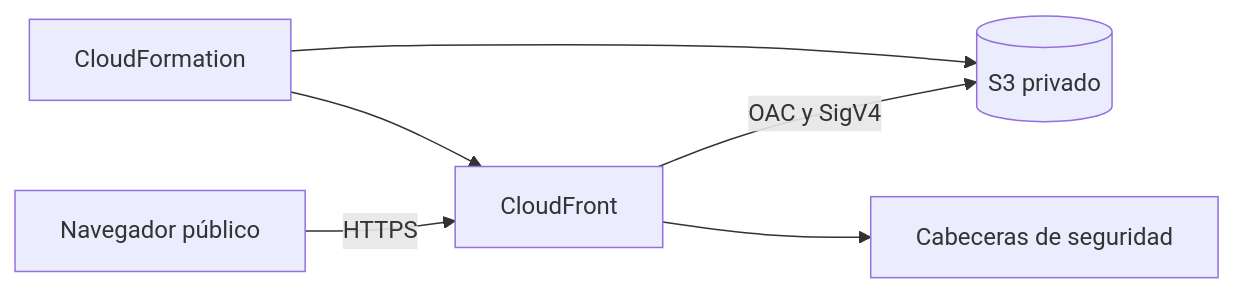
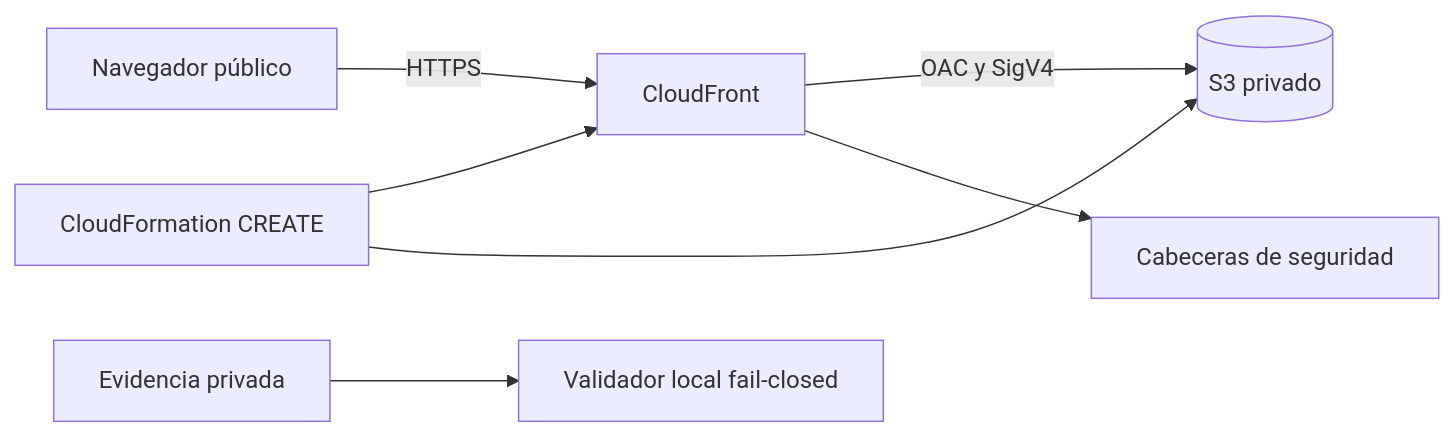
Before and after one commit to ErickrU/termia-pwa: the second of 2 diagrams in docs/ARCHITECTURE.md, drawn with Mermaid. The commit also changed other lines of this file and 28 other files, not shown here.

First line of the commit message:
fix: harden traceable AWS create flow

````diff
--- a/docs/ARCHITECTURE.md
+++ b/docs/ARCHITECTURE.md
@@ -27,8 +27,9 @@
 ```mermaid
 flowchart LR
   B[Navegador público] -->|HTTPS| CF[CloudFront]
   CF -->|OAC y SigV4| S3[(S3 privado)]
   CF --> H[Cabeceras de seguridad]
-  C[CloudFormation] --> CF
+  C[CloudFormation CREATE] --> CF
   C --> S3
+  E[Evidencia privada] --> V[Validador local fail-closed]
 ```
````
